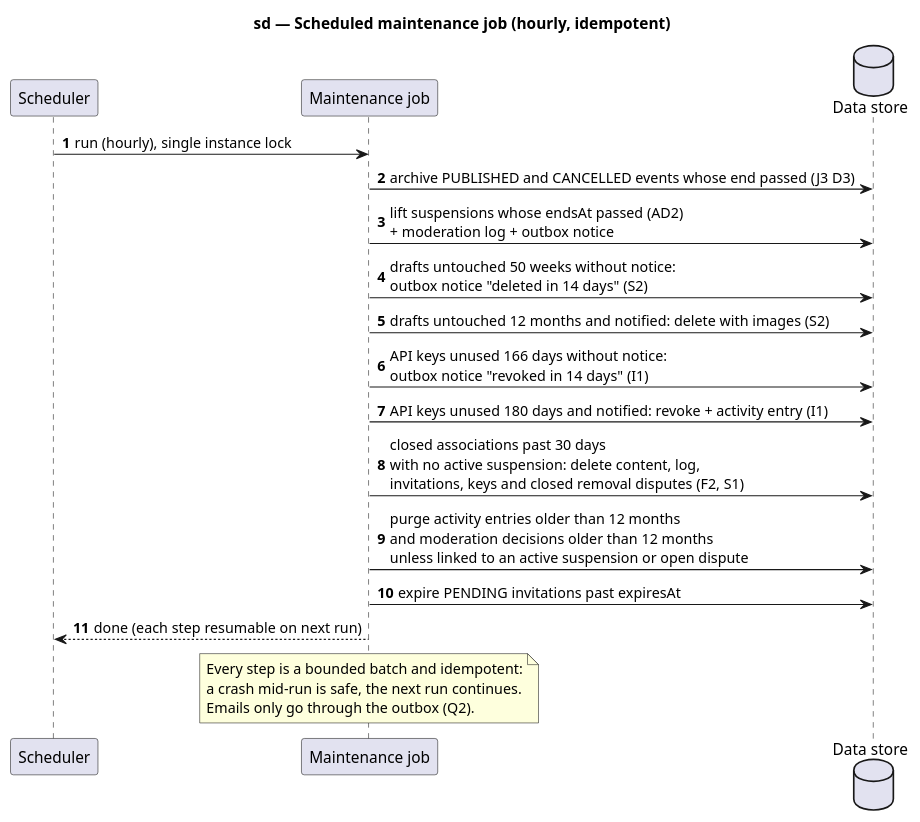
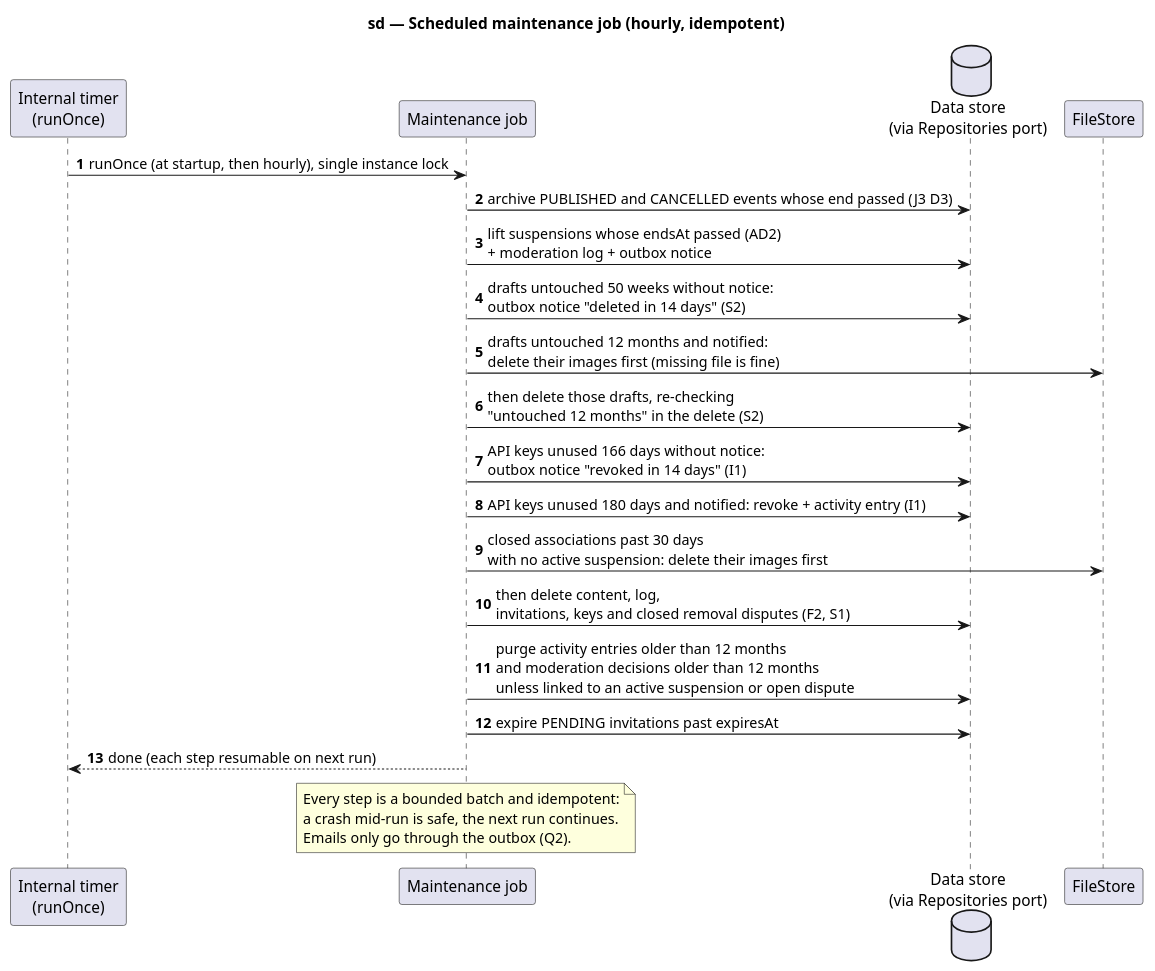
One commit to benoit-bremaud/HappiHub changed the diagram in docs/architecture/diagrams/v1-events/02d-sequence-scheduled-job.puml. Above: the diagram before and after it, drawn with PlantUML. The commit also changed 6 other files, not shown here.

First line of the commit message:
docs(uml): apply local review to component and scheduled job diagrams

```diff
--- a/docs/architecture/diagrams/v1-events/02d-sequence-scheduled-job.puml
+++ b/docs/architecture/diagrams/v1-events/02d-sequence-scheduled-job.puml
@@ -1,25 +1,28 @@
 @startuml
 title sd — Scheduled maintenance job (hourly, idempotent)
 skinparam shadowing false
 autonumber
-participant "Scheduler" as S
+participant "Internal timer\n(runOnce)" as S
 participant "Maintenance job" as J
-database "Data store" as D
+database "Data store\n(via Repositories port)" as D
+participant "FileStore" as F
 
-S -> J : run (hourly), single instance lock
+S -> J : runOnce (at startup, then hourly), single instance lock
 J -> D : archive PUBLISHED and CANCELLED events whose end passed (J3 D3)
 J -> D : lift suspensions whose endsAt passed (AD2)\n+ moderation log + outbox notice
 J -> D : drafts untouched 50 weeks without notice:\noutbox notice "deleted in 14 days" (S2)
-J -> D : drafts untouched 12 months and notified: delete with images (S2)
+J -> F : drafts untouched 12 months and notified:\ndelete their images first (missing file is fine)
+J -> D : then delete those drafts, re-checking\n"untouched 12 months" in the delete (S2)
 J -> D : API keys unused 166 days without notice:\noutbox notice "revoked in 14 days" (I1)
 J -> D : API keys unused 180 days and notified: revoke + activity entry (I1)
-J -> D : closed associations past 30 days\nwith no active suspension: delete content, log,\ninvitations, keys and closed removal disputes (F2, S1)
+J -> F : closed associations past 30 days\nwith no active suspension: delete their images first
+J -> D : then delete content, log,\ninvitations, keys and closed removal disputes (F2, S1)
 J -> D : purge activity entries older than 12 months\nand moderation decisions older than 12 months\nunless linked to an active suspension or open dispute
 J -> D : expire PENDING invitations past expiresAt
 J --> S : done (each step resumable on next run)
 note over J
   Every step is a bounded batch and idempotent:
   a crash mid-run is safe, the next run continues.
   Emails only go through the outbox (Q2).
 end note
 @enduml
```
